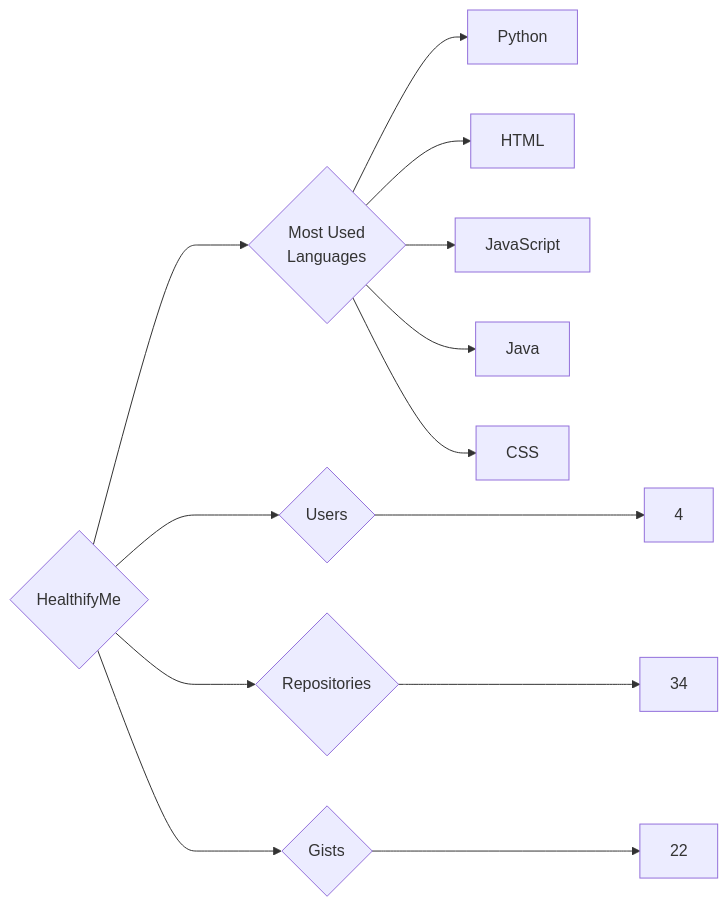
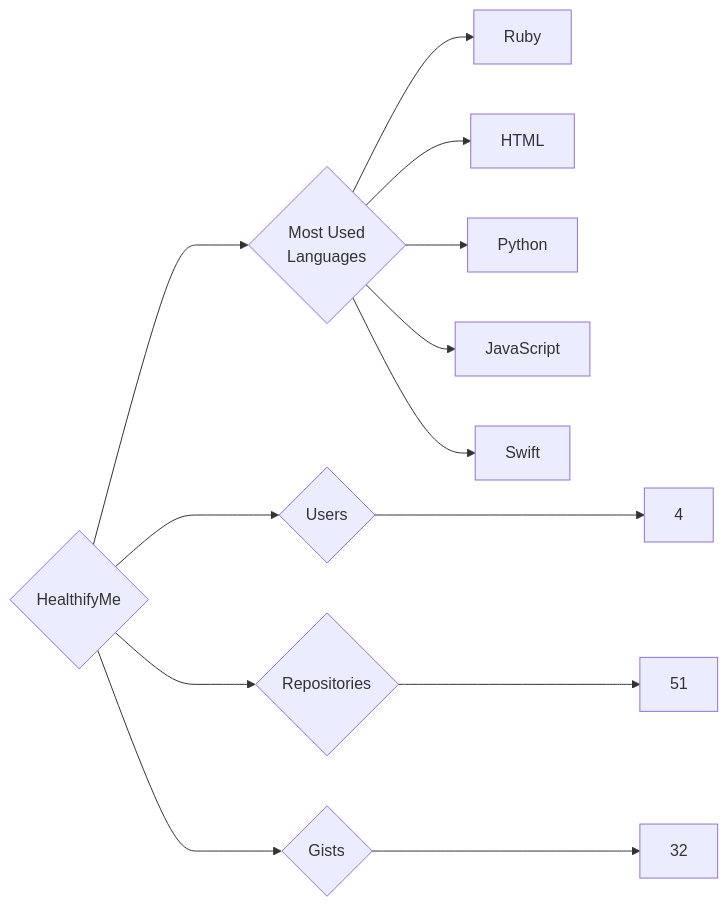
Before and after one commit to trickest/insiders: the diagram in targets/HealthifyMe/README.md, drawn with Mermaid. The commit also changed 1007 other files, not shown here.

````diff
--- a/targets/HealthifyMe/README.md
+++ b/targets/HealthifyMe/README.md
@@ -3,13 +3,13 @@
 ```mermaid
 graph LR
 COMPANY_NAME{HealthifyMe}
 COMPANY_NAME ---> U{Users} ---> UN[4]
-COMPANY_NAME ---> R{Repositories} ---> RN[34]
-COMPANY_NAME ---> G{Gists} ---> GN[22]
+COMPANY_NAME ---> R{Repositories} ---> RN[51]
+COMPANY_NAME ---> G{Gists} ---> GN[32]
 COMPANY_NAME ---> ML{Most Used<br>Languages}
+ML --> Ruby[Ruby]
+ML --> HTML[HTML]
 ML --> Python[Python]
-ML --> HTML[HTML]
 ML --> JavaScript[JavaScript]
-ML --> Java[Java]
-ML --> CSS[CSS]
+ML --> Swift[Swift]
 ```
````
